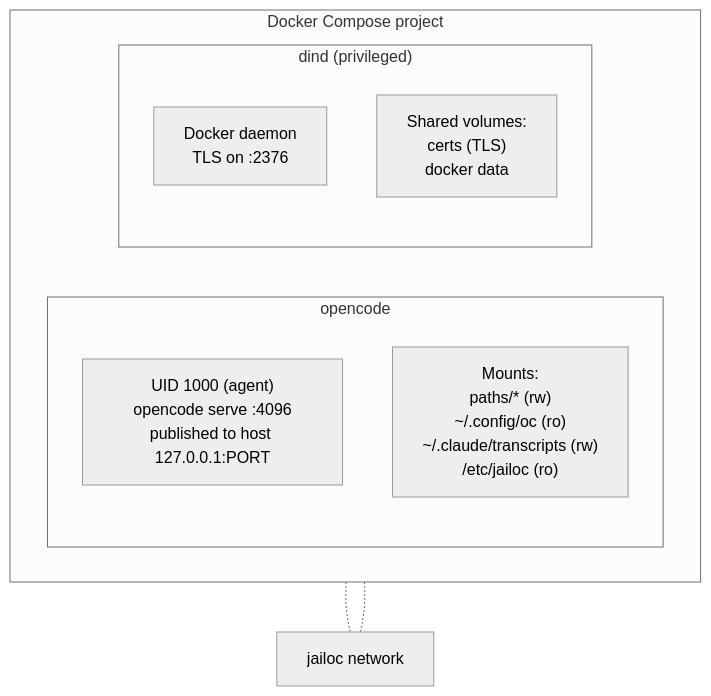
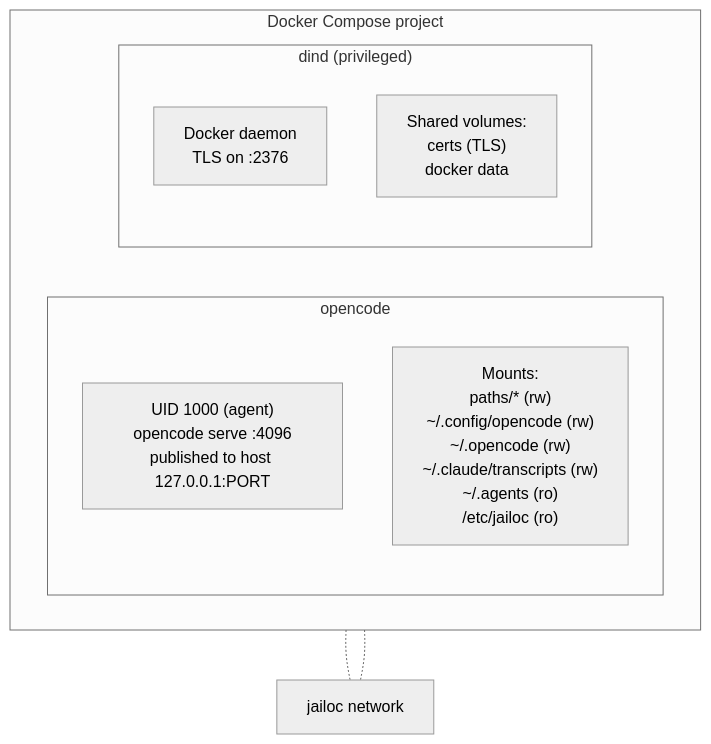
The diagram in docs/explanation/container-architecture.md (seznam/jailoc), drawn with Mermaid (neutral theme) before and after one commit. The commit also changed other lines of this file and 10 other files, not shown here.

````diff
--- a/docs/explanation/container-architecture.md
+++ b/docs/explanation/container-architecture.md
@@ -9,19 +9,19 @@
 ```mermaid
 flowchart TB
   subgraph compose["Docker Compose project"]
     direction LR
     subgraph oc["opencode"]
       direction TB
       oc_uid["UID 1000 (agent)<br>opencode serve :4096<br>published to host 127.0.0.1:PORT"]
-      oc_mounts["Mounts:<br>paths/* (rw)<br>~/.config/oc (ro)<br>~/.claude/transcripts (rw)<br>/etc/jailoc (ro)"]
+      oc_mounts["Mounts:<br>paths/* (rw)<br>~/.config/opencode (rw)<br>~/.opencode (rw)<br>~/.claude/transcripts (rw)<br>~/.agents (ro)<br>/etc/jailoc (ro)"]
     end
     subgraph dind["dind (privileged)"]
       direction TB
       dind_daemon["Docker daemon<br>TLS on :2376"]
       dind_vols["Shared volumes:<br>certs (TLS)<br>docker data"]
     end
   end
 
   oc -.- net["jailoc network"]
     dind -.- net
 ```
````
